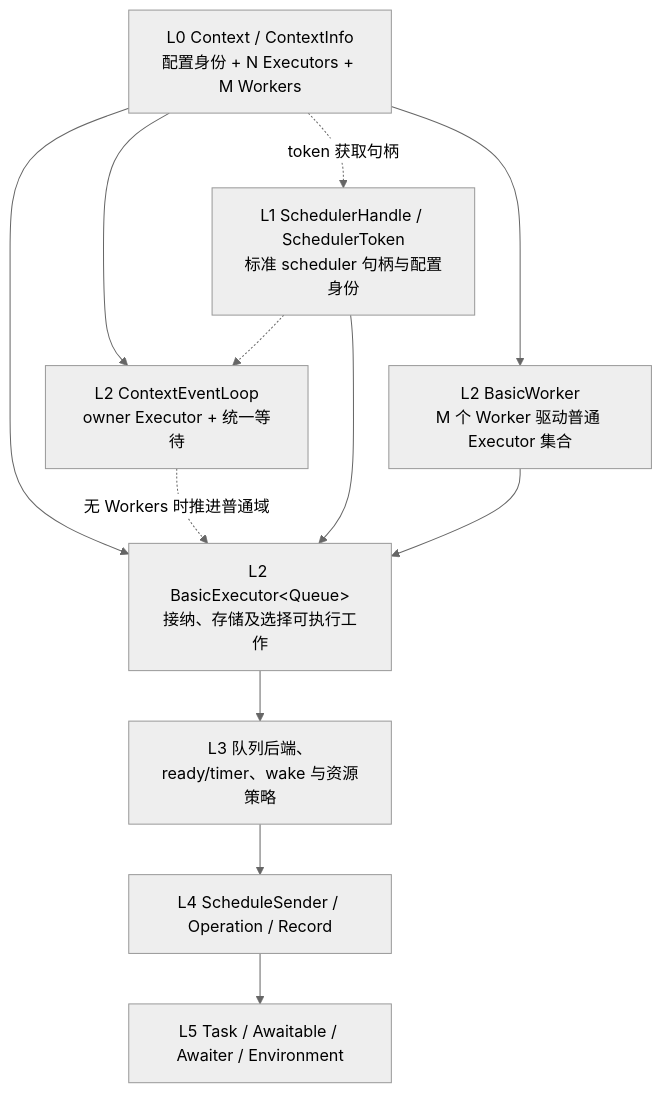
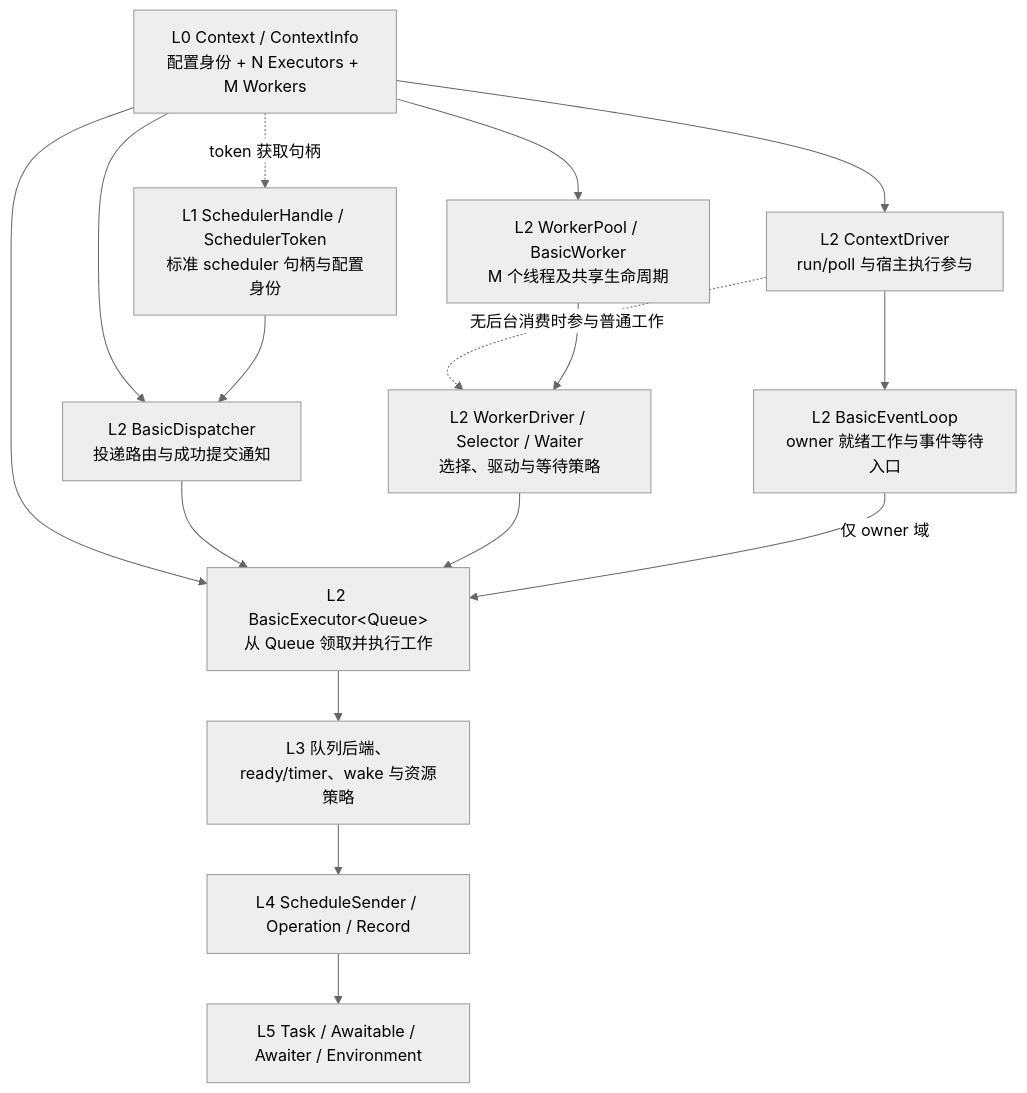
One commit to mmmmmcree/async changed the second of 4 diagrams in CORE_DESIGN.md. Above: the diagram before and after it, drawn with Mermaid (neutral theme). The commit also changed other lines of this file and 44 other files, not shown here.

````diff
--- a/CORE_DESIGN.md
+++ b/CORE_DESIGN.md
@@ -109,22 +164,29 @@
 ```mermaid
 flowchart TB
     C["L0 Context / ContextInfo<br/>配置身份 + N Executors + M Workers"]
     S["L1 SchedulerHandle / SchedulerToken<br/>标准 scheduler 句柄与配置身份"]
-    E["L2 BasicExecutor&lt;Queue&gt;<br/>接纳、存储及选择可执行工作"]
-    W["L2 BasicWorker<br/>M 个 Worker 驱动普通 Executor 集合"]
+    D["L2 BasicDispatcher<br/>投递路由与成功提交通知"]
+    E["L2 BasicExecutor&lt;Queue&gt;<br/>从 Queue 领取并执行工作"]
+    W["L2 WorkerPool / BasicWorker<br/>M 个线程及共享生命周期"]
+    WD["L2 WorkerDriver / Selector / Waiter<br/>选择、驱动与等待策略"]
+    H["L2 ContextDriver<br/>run/poll 与宿主执行参与"]
     P["L3 队列后端、ready/timer、wake 与资源策略"]
     O["L4 ScheduleSender / Operation / Record"]
     T["L5 Task / Awaitable / Awaiter / Environment"]
     C --> E
     C --> W
-    L["L2 ContextEventLoop<br/>owner Executor + 统一等待"]
-    C --> L
-    S -.-> L
-    L -.->|"无 Workers 时推进普通域"| E
+    C --> D
+    C --> H
+    L["L2 BasicEventLoop<br/>owner 就绪工作与事件等待入口"]
+    H --> L
+    H -.->|"无后台消费时参与普通工作"| WD
     C -.->|"token 获取句柄"| S
-    S --> E
-    W --> E
+    S --> D
+    D --> E
+    W --> WD
+    WD --> E
+    L -->|"仅 owner 域"| E
     E --> P
     P --> O
     O --> T
 ```
````
